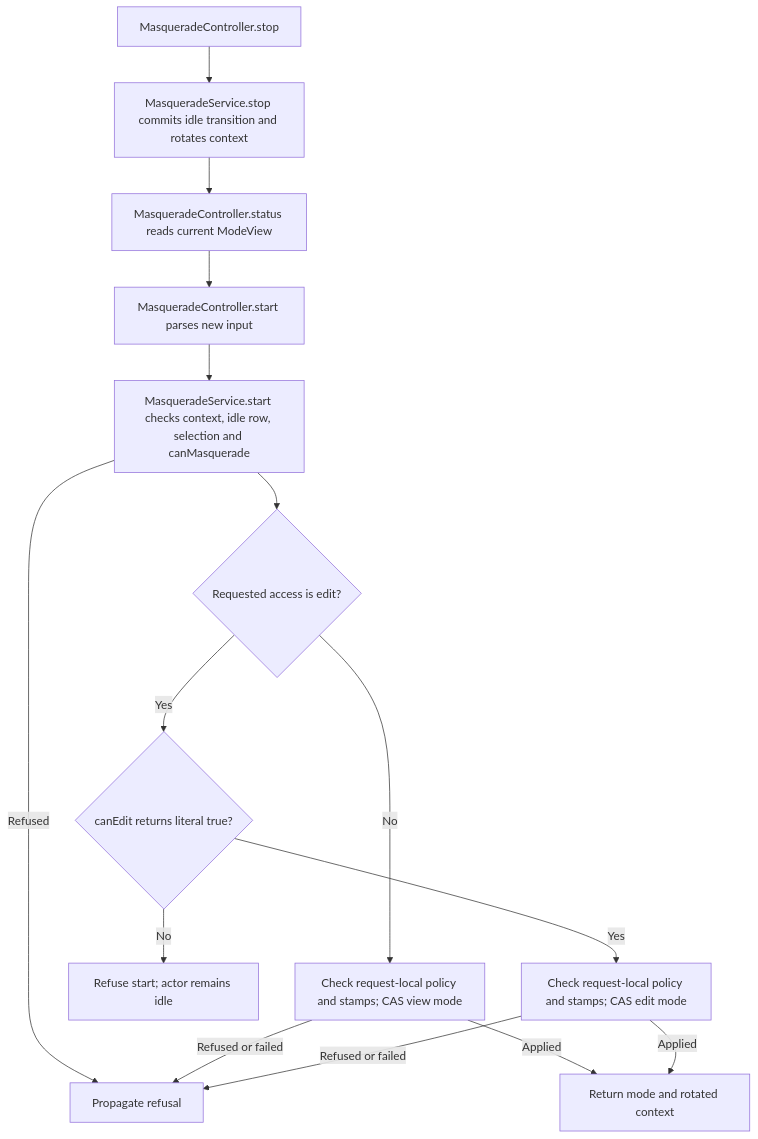
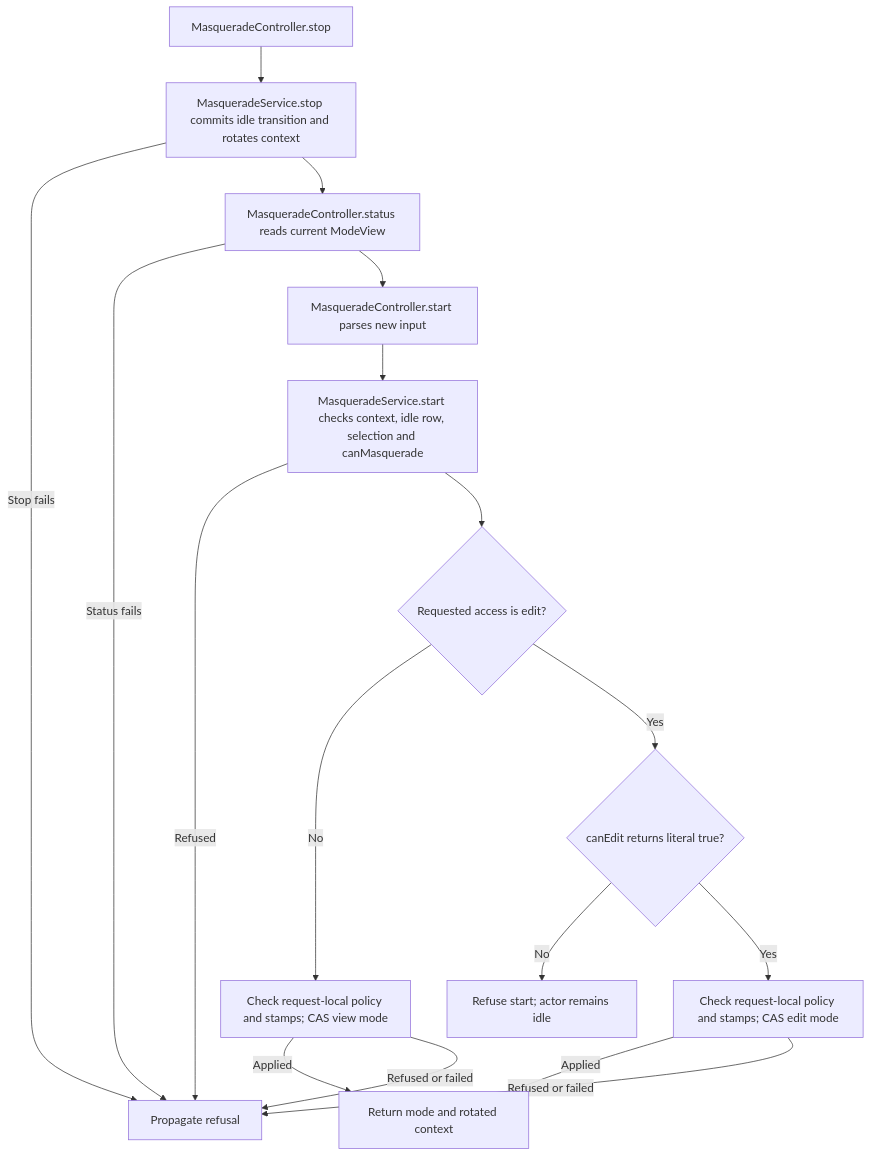
One commit to Kevinjohn/oss-adonisjs-masquerade changed the second of 2 diagrams in user-stories/start-stop-mode/us-actor-05-change-mode-access.md. Above: the diagram before and after it, drawn with Mermaid. The commit also changed 20 other files, not shown here.

````diff
--- a/user-stories/start-stop-mode/us-actor-05-change-mode-access.md
+++ b/user-stories/start-stop-mode/us-actor-05-change-mode-access.md
@@ -47,17 +47,19 @@
 ```mermaid
 flowchart TD
     A["MasqueradeController.stop"] --> B["MasqueradeService.stop commits idle transition and rotates context"]
+    B -->|Stop fails| R
     B --> C["MasqueradeController.status reads current ModeView"]
+    C -->|Status fails| R
     C --> D["MasqueradeController.start parses new input"]
     D --> E["MasqueradeService.start checks context, idle row, selection and canMasquerade"]
     E -->|Refused| R["Propagate refusal"]
     E --> F{"Requested access is edit?"}
     F -->|No| G["Check request-local policy and stamps; CAS view mode"]
     F -->|Yes| H{"canEdit returns literal true?"}
     H -->|No| I["Refuse start; actor remains idle"]
     H -->|Yes| J["Check request-local policy and stamps; CAS edit mode"]
     G -->|Applied| K["Return mode and rotated context"]
     J -->|Applied| K
     G -->|Refused or failed| R
     J -->|Refused or failed| R
 ```
````
